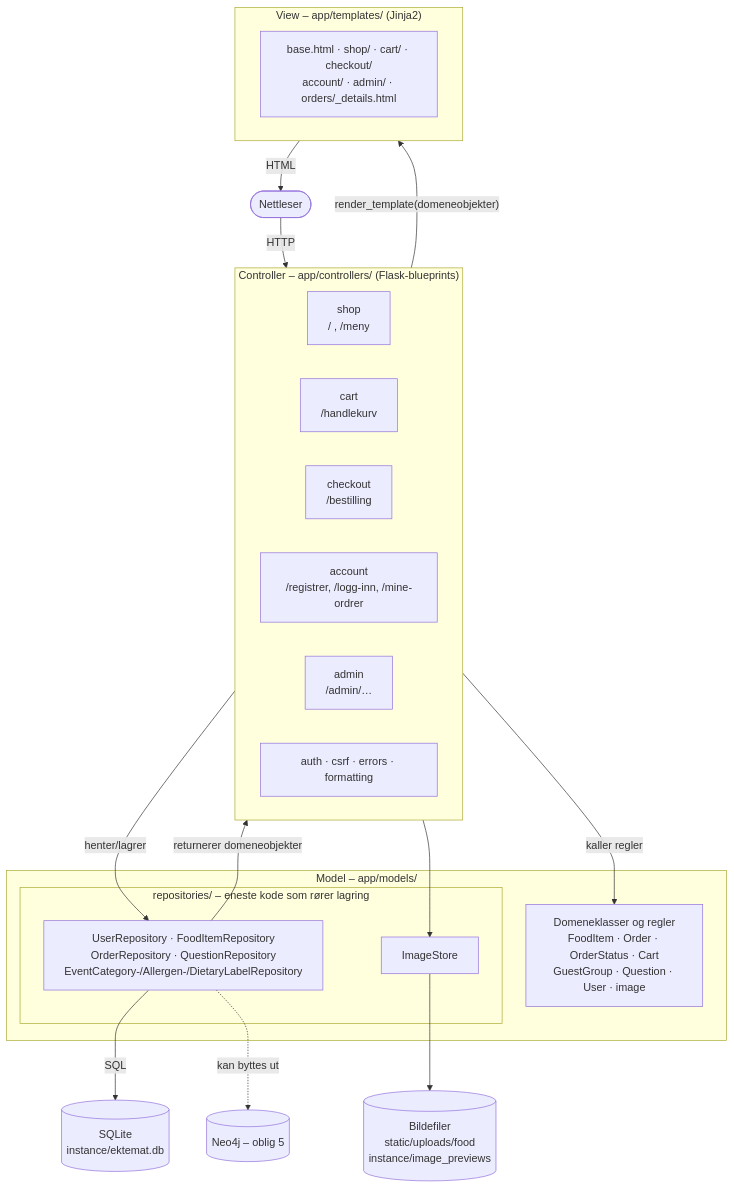
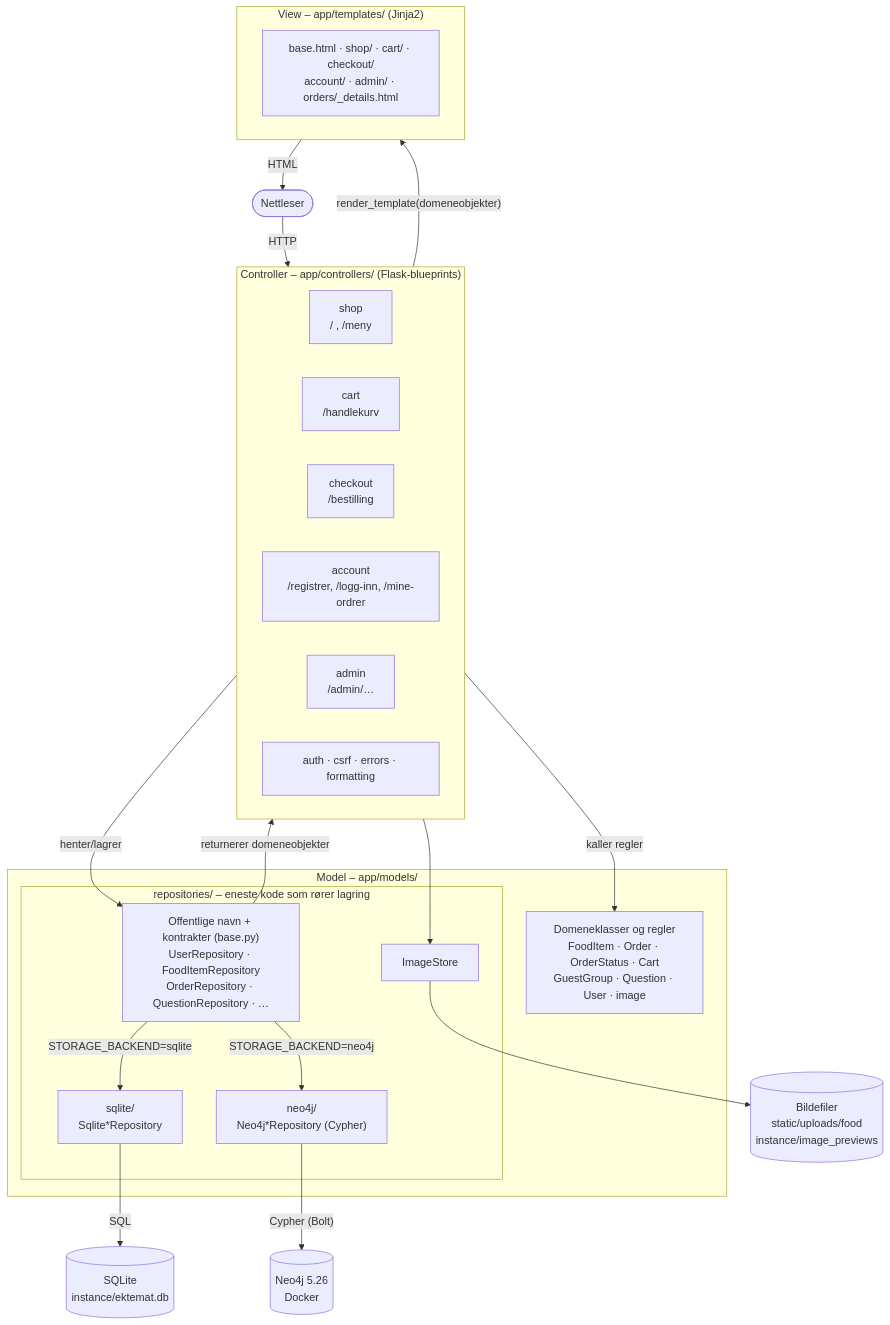
One commit to Fredrik3752/EkteMatOnline changed the diagram in docs/design/mvc.md. Above: the diagram before and after it, drawn with Mermaid. The commit also changed other lines of this file and 8 other files, not shown here.

````diff
--- a/docs/design/mvc.md
+++ b/docs/design/mvc.md
@@ -3,40 +3,44 @@
 ```mermaid
 flowchart TB
     Browser(["Nettleser"])
 
     subgraph C["Controller – app/controllers/ (Flask-blueprints)"]
         shop["shop<br/>/ , /meny"]
         cart["cart<br/>/handlekurv"]
         checkout["checkout<br/>/bestilling"]
         account["account<br/>/registrer, /logg-inn, /mine-ordrer"]
         admin["admin<br/>/admin/…"]
         cross["auth · csrf · errors · formatting"]
     end
 
     subgraph V["View – app/templates/ (Jinja2)"]
         tpl["base.html · shop/ · cart/ · checkout/<br/>account/ · admin/ · orders/_details.html"]
     end
 
     subgraph M["Model – app/models/"]
         domain["Domeneklasser og regler<br/>FoodItem · Order · OrderStatus · Cart<br/>GuestGroup · Question · User · image"]
         subgraph R["repositories/ – eneste kode som rører lagring"]
-            repos["UserRepository · FoodItemRepository<br/>OrderRepository · QuestionRepository<br/>EventCategory-/Allergen-/DietaryLabelRepository"]
+            repos["Offentlige navn + kontrakter (base.py)<br/>UserRepository · FoodItemRepository<br/>OrderRepository · QuestionRepository · …"]
+            sqlite["sqlite/<br/>Sqlite*Repository"]
+            neo["neo4j/<br/>Neo4j*Repository (Cypher)"]
             store["ImageStore"]
         end
     end
 
     DB[("SQLite<br/>instance/ektemat.db")]
     Files[("Bildefiler<br/>static/uploads/food<br/>instance/image_previews")]
-    Neo[("Neo4j – oblig 5")]
+    Neo[("Neo4j 5.26<br/>Docker")]
 
     Browser -- "HTTP" --> C
     C -- "render_template(domeneobjekter)" --> V
     V -- "HTML" --> Browser
     C -- "kaller regler" --> domain
     C -- "henter/lagrer" --> repos
     C --> store
     repos -- "returnerer domeneobjekter" --> C
-    repos -- "SQL" --> DB
+    repos -- "STORAGE_BACKEND=sqlite" --> sqlite
+    repos -- "STORAGE_BACKEND=neo4j" --> neo
+    sqlite -- "SQL" --> DB
+    neo -- "Cypher (Bolt)" --> Neo
     store --> Files
-    repos -. "kan byttes ut" .-> Neo
 ```
````
